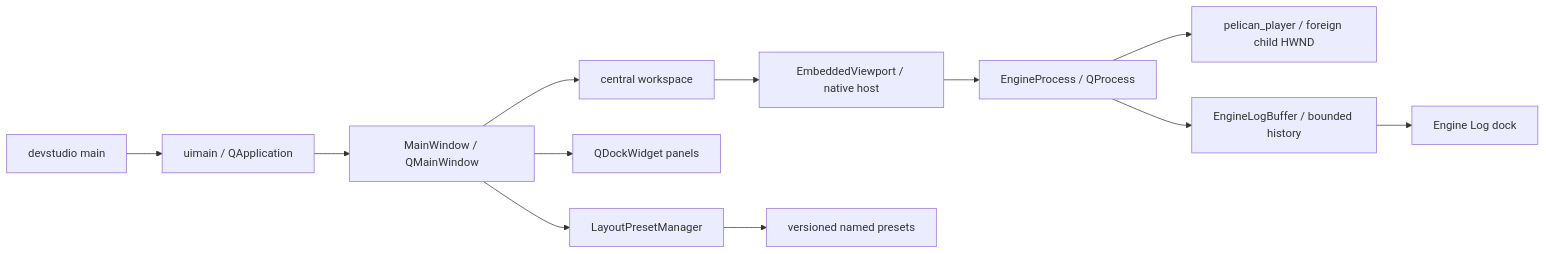
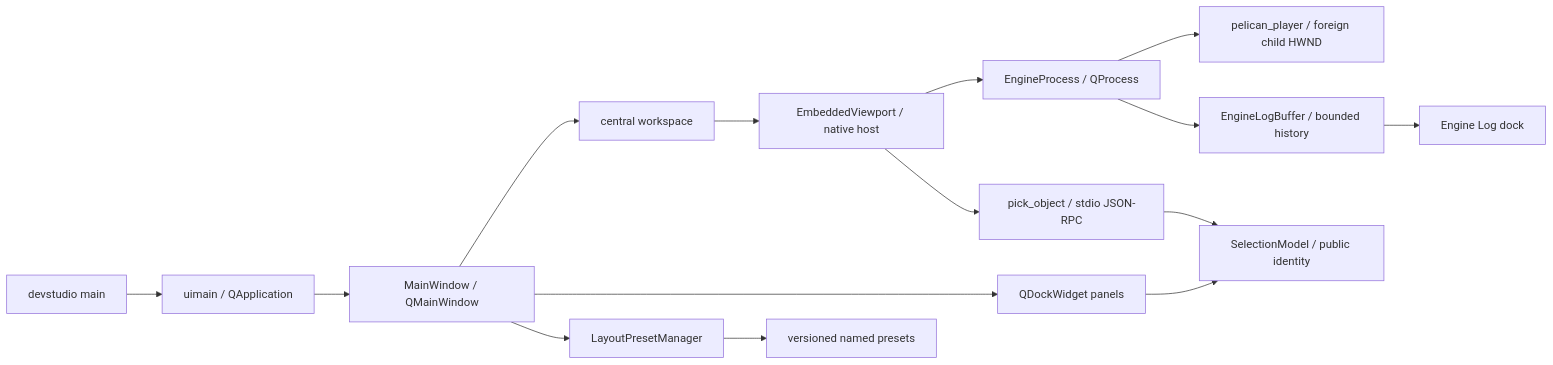
The diagram in docs/source-code-guide/07_tools_rpc_tests.md (pelican-games/peligraph), drawn with Mermaid before and after one commit. The commit also changed other lines of this file and 20 other files, not shown here.

First line of the commit message:
feat(devstudio): synchronize viewport and outliner selection

````diff
--- a/docs/source-code-guide/07_tools_rpc_tests.md
+++ b/docs/source-code-guide/07_tools_rpc_tests.md
@@ -176,14 +176,17 @@
 ```mermaid
 flowchart LR
     Main["devstudio main"] --> UI["uimain / QApplication"]
     UI --> Window["MainWindow / QMainWindow"]
     Window --> Workspace["central workspace"]
     Workspace --> Viewport["EmbeddedViewport / native host"]
     Viewport --> Process["EngineProcess / QProcess"]
     Process --> Player["pelican_player / foreign child HWND"]
+    Viewport --> Rpc["pick_object / stdio JSON-RPC"]
+    Rpc --> Selection["SelectionModel / public identity"]
+    Docks --> Selection
     Process --> LogBuffer["EngineLogBuffer / bounded history"]
     LogBuffer --> LogDock["Engine Log dock"]
     Window --> Docks["QDockWidget panels"]
     Window --> Layout["LayoutPresetManager"]
     Layout --> Files["versioned named presets"]
 ```
````
